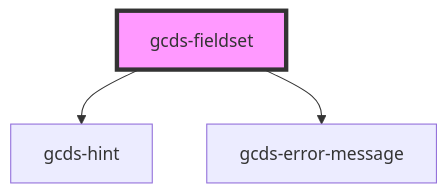
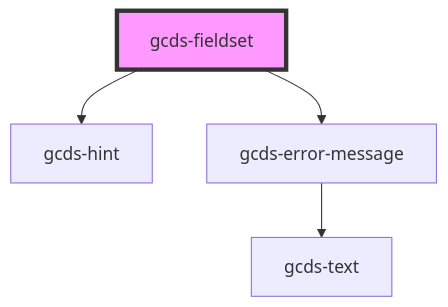
The diagram in packages/web/src/components/gcds-fieldset/readme.md (cds-snc/gcds-components), drawn with Mermaid before and after one commit. The commit also changed 10 other files, not shown here.

Commit message:
refactor: integrate gcds-text into gcds-error-message

````diff
--- a/packages/web/src/components/gcds-fieldset/readme.md
+++ b/packages/web/src/components/gcds-fieldset/readme.md
@@ -53,6 +53,7 @@
 ```mermaid
 graph TD;
   gcds-fieldset --> gcds-hint
   gcds-fieldset --> gcds-error-message
+  gcds-error-message --> gcds-text
   style gcds-fieldset fill:#f9f,stroke:#333,stroke-width:4px
 ```
````
